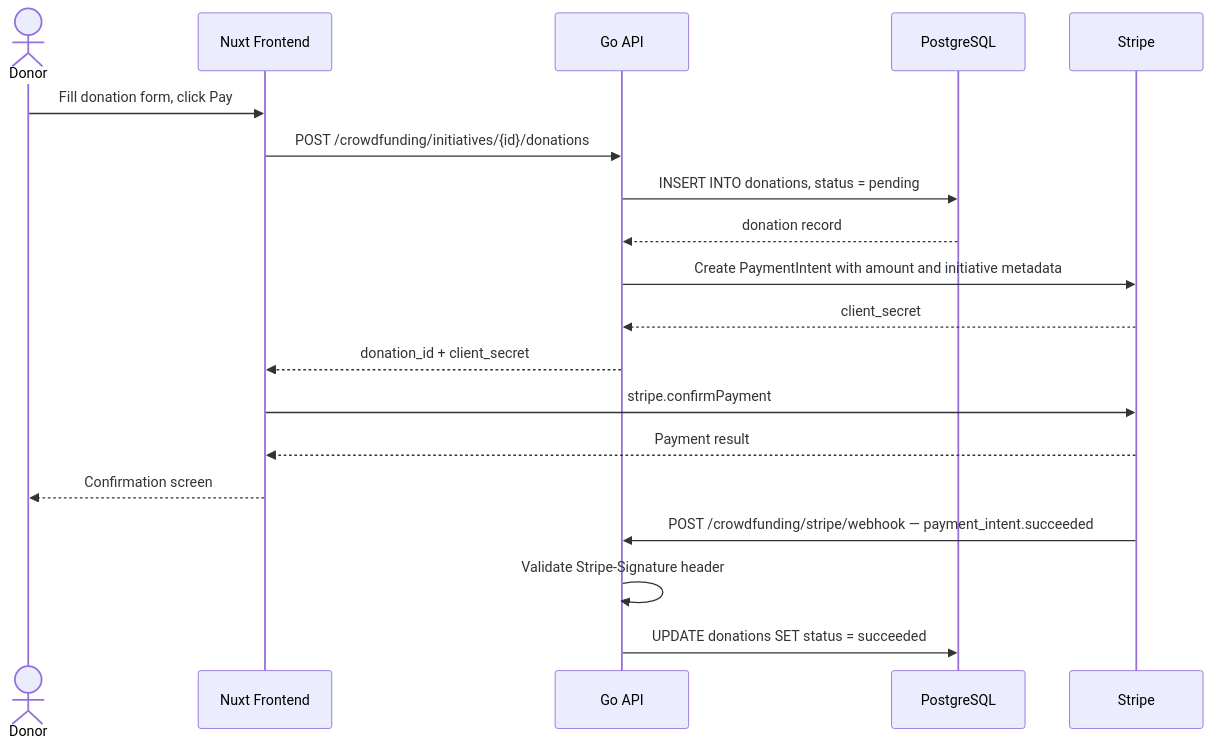
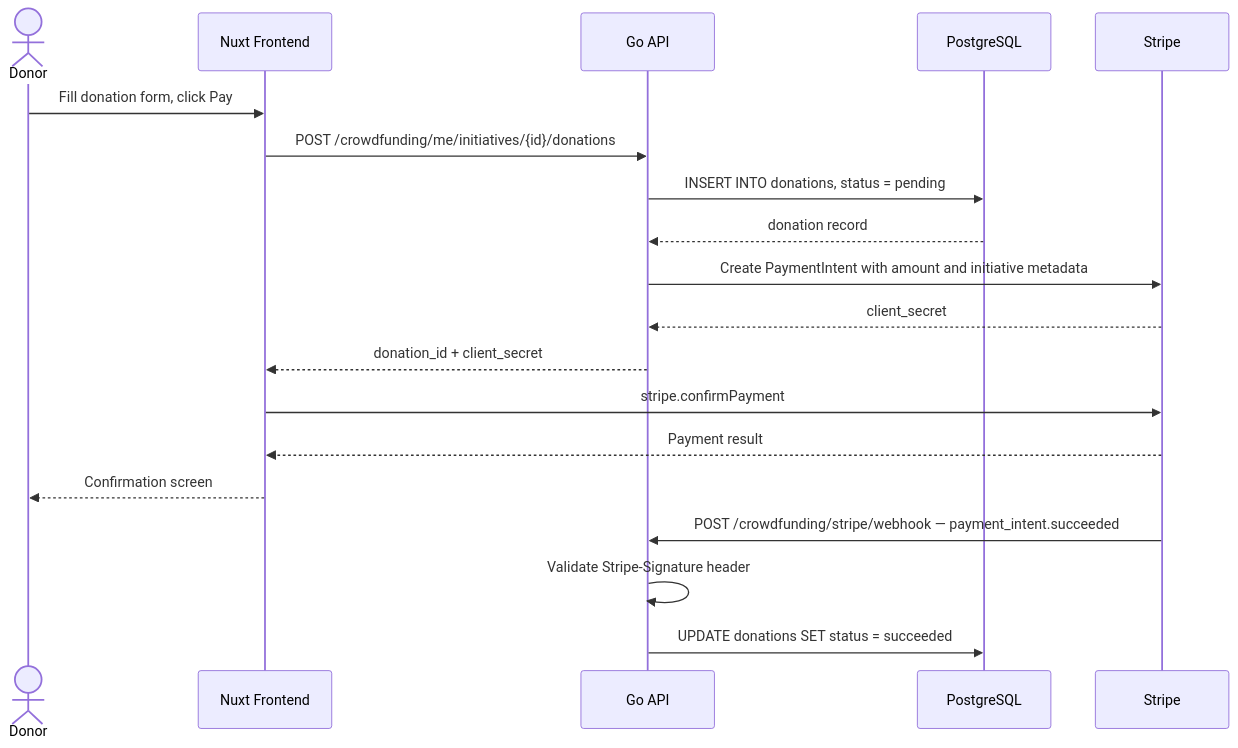
Before and after one commit to linuxfoundation/lfx-crowdfunding: the fourth of 8 diagrams in docs/architecture.md, drawn with Mermaid. The commit also changed other lines of this file and 5 other files, not shown here.

````diff
--- a/docs/architecture.md
+++ b/docs/architecture.md
@@ -292,22 +292,22 @@
 ```mermaid
 sequenceDiagram
     actor Donor
     participant FE as Nuxt Frontend
     participant API as Go API
     participant DB as PostgreSQL
     participant Stripe
 
     Donor->>FE: Fill donation form, click Pay
-    FE->>API: POST /crowdfunding/initiatives/{id}/donations
+    FE->>API: POST /crowdfunding/me/initiatives/{id}/donations
     API->>DB: INSERT INTO donations, status = pending
     DB-->>API: donation record
     API->>Stripe: Create PaymentIntent with amount and initiative metadata
     Stripe-->>API: client_secret
     API-->>FE: donation_id + client_secret
     FE->>Stripe: stripe.confirmPayment
     Stripe-->>FE: Payment result
     FE-->>Donor: Confirmation screen
     Stripe->>API: POST /crowdfunding/stripe/webhook — payment_intent.succeeded
     API->>API: Validate Stripe-Signature header
     API->>DB: UPDATE donations SET status = succeeded
 ```
````
